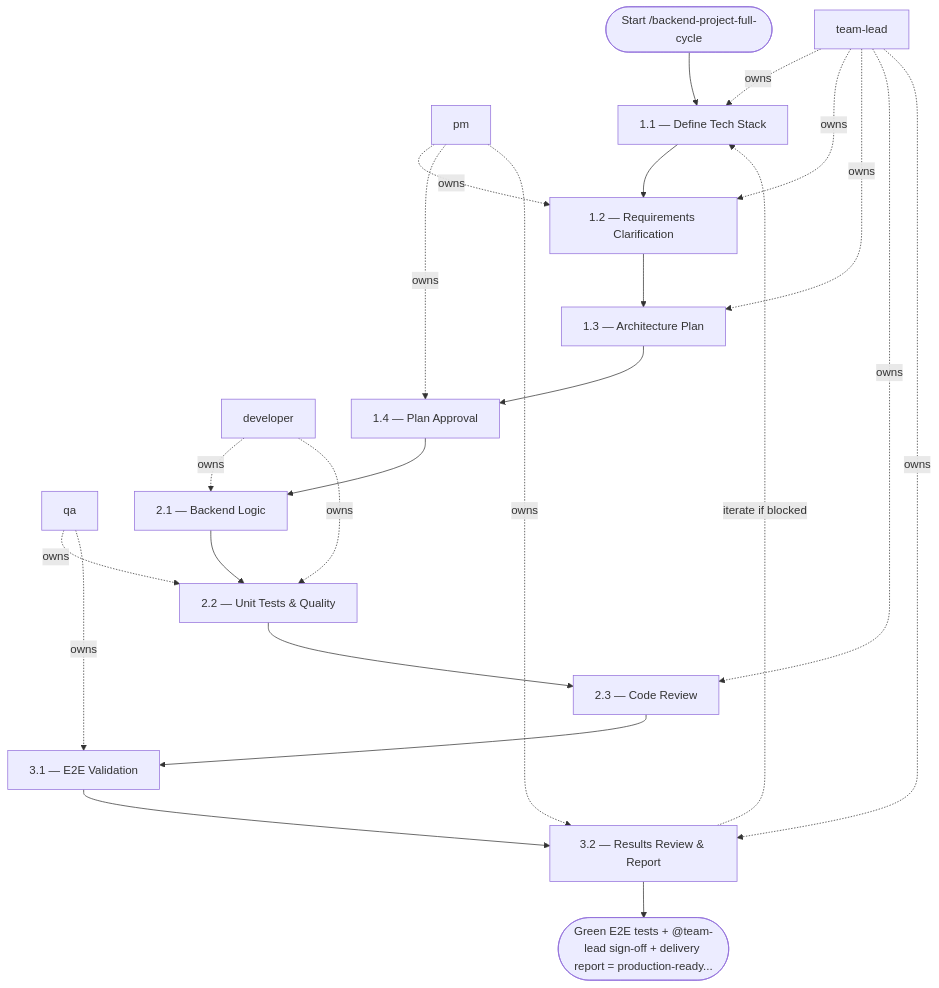
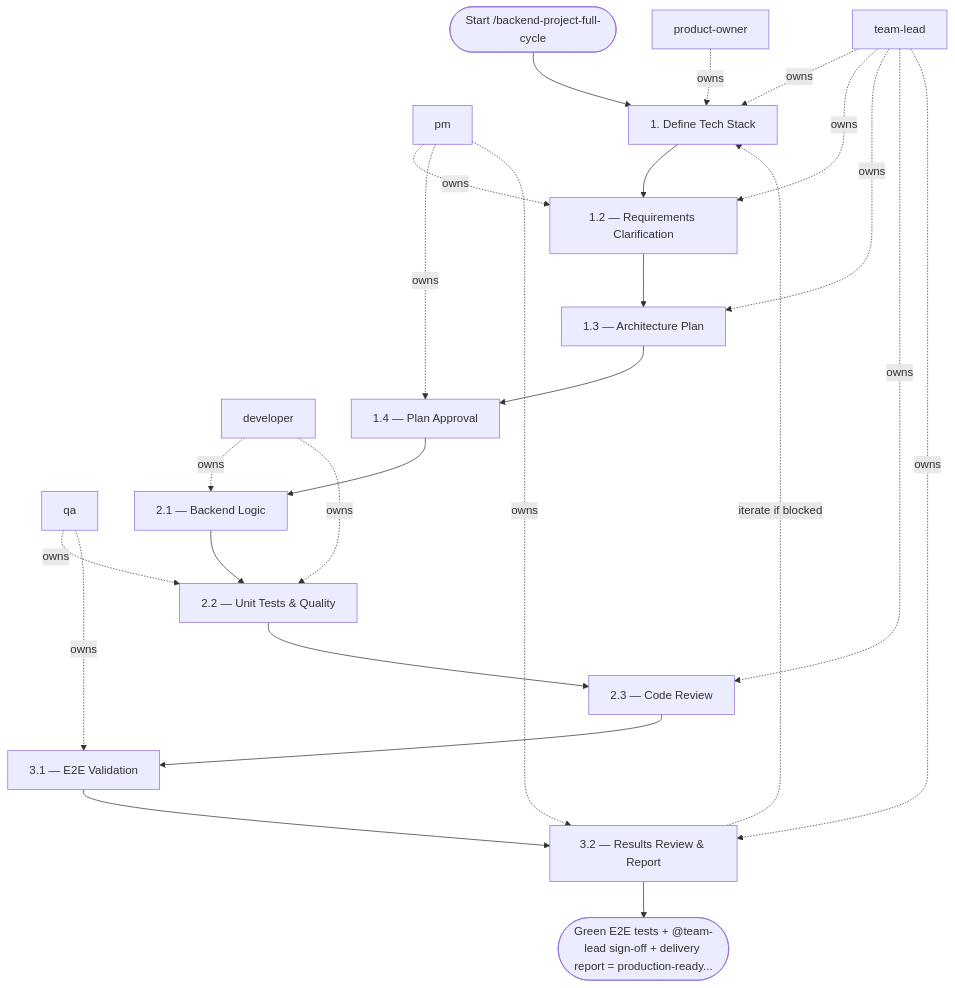
Before and after one commit to sawrus/agent-guides: the diagram in areas/software/full-stack/workflows/backend-project-full-cycle.md, drawn with Mermaid. The commit also changed other lines of this file and 76 other files, not shown here.

Commit message:
Standardize workflow product owner initiation

````diff
--- a/areas/software/full-stack/workflows/backend-project-full-cycle.md
+++ b/areas/software/full-stack/workflows/backend-project-full-cycle.md
@@ -130,41 +130,43 @@
 ```mermaid
 flowchart TD
   start(["Start /backend-project-full-cycle"])
-  role_1["team-lead"]
-  role_2["pm"]
-  role_3["developer"]
-  role_4["qa"]
-  step_1["1.1 — Define Tech Stack"]
+  role_1["product-owner"]
+  role_2["team-lead"]
+  role_3["pm"]
+  role_4["developer"]
+  role_5["qa"]
+  step_1["1. Define Tech Stack"]
   step_2["1.2 — Requirements Clarification"]
   step_3["1.3 — Architecture Plan"]
   step_4["1.4 — Plan Approval"]
   step_5["2.1 — Backend Logic"]
   step_6["2.2 — Unit Tests & Quality"]
   step_7["2.3 — Code Review"]
   step_8["3.1 — E2E Validation"]
   step_9["3.2 — Results Review & Report"]
   exit(["Green E2E tests + @team-lead sign-off + delivery report = production-ready..."])
   start --> step_1
   step_1 --> step_2
   step_2 --> step_3
   step_3 --> step_4
   step_4 --> step_5
   step_5 --> step_6
   step_6 --> step_7
   step_7 --> step_8
   step_8 --> step_9
   step_9 --> exit
   role_1 -. owns .-> step_1
+  role_2 -. owns .-> step_1
+  role_3 -. owns .-> step_2
   role_2 -. owns .-> step_2
-  role_1 -. owns .-> step_2
-  role_1 -. owns .-> step_3
-  role_2 -. owns .-> step_4
-  role_3 -. owns .-> step_5
-  role_3 -. owns .-> step_6
+  role_2 -. owns .-> step_3
+  role_3 -. owns .-> step_4
+  role_4 -. owns .-> step_5
   role_4 -. owns .-> step_6
-  role_1 -. owns .-> step_7
-  role_4 -. owns .-> step_8
-  role_1 -. owns .-> step_9
+  role_5 -. owns .-> step_6
+  role_2 -. owns .-> step_7
+  role_5 -. owns .-> step_8
   role_2 -. owns .-> step_9
+  role_3 -. owns .-> step_9
   step_9 -. iterate if blocked .-> step_1
 ```
````
